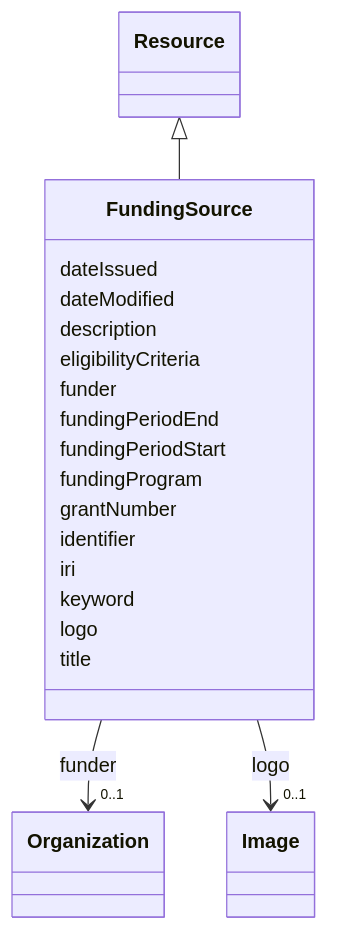
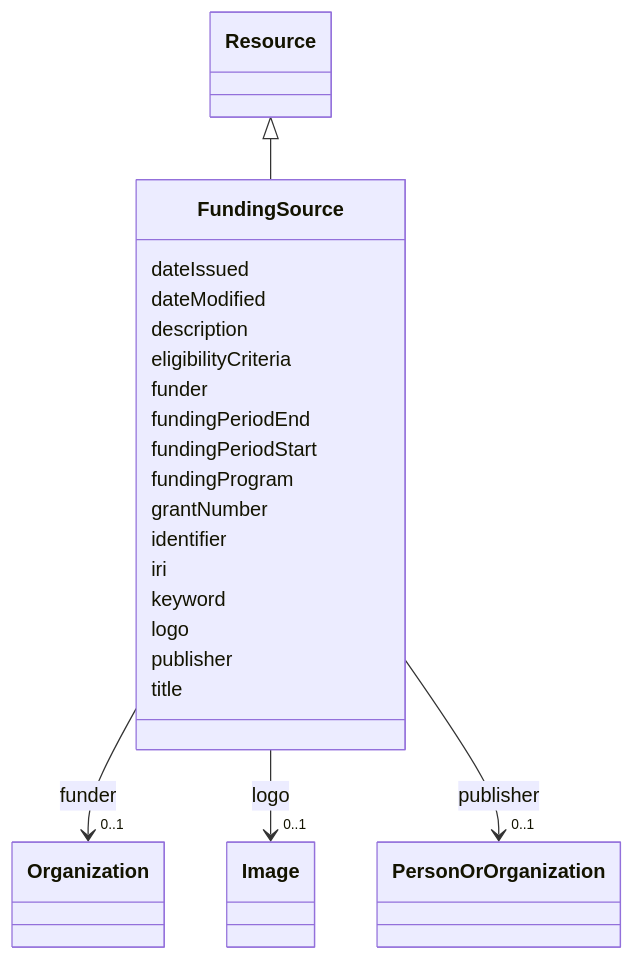
The diagram in models/docs/FundingSource.md (EVORA-project/evora-ontology), drawn with Mermaid before and after one commit. The commit also changed other lines of this file and 468 other files, not shown here.

````diff
--- a/models/docs/FundingSource.md
+++ b/models/docs/FundingSource.md
@@ -19,51 +19,60 @@
 ```mermaid
  classDiagram
     class FundingSource
     click FundingSource href "../FundingSource"
       Resource <|-- FundingSource
         click Resource href "../Resource"
       
       FundingSource : dateIssued
         
       FundingSource : dateModified
         
       FundingSource : description
         
       FundingSource : eligibilityCriteria
         
       FundingSource : funder
         
           
     
     
     FundingSource --> "0..1" Organization : funder
     click Organization href "../Organization"
 
         
       FundingSource : fundingPeriodEnd
         
       FundingSource : fundingPeriodStart
         
       FundingSource : fundingProgram
         
       FundingSource : grantNumber
         
       FundingSource : identifier
         
       FundingSource : iri
         
       FundingSource : keyword
         
       FundingSource : logo
         
           
     
     
     FundingSource --> "0..1" Image : logo
     click Image href "../Image"
 
         
+      FundingSource : publisher
+        
+          
+    
+    
+    FundingSource --> "0..1" PersonOrOrganization : publisher
+    click PersonOrOrganization href "../PersonOrOrganization"
+
+        
       FundingSource : title
         
       
 ```
````
